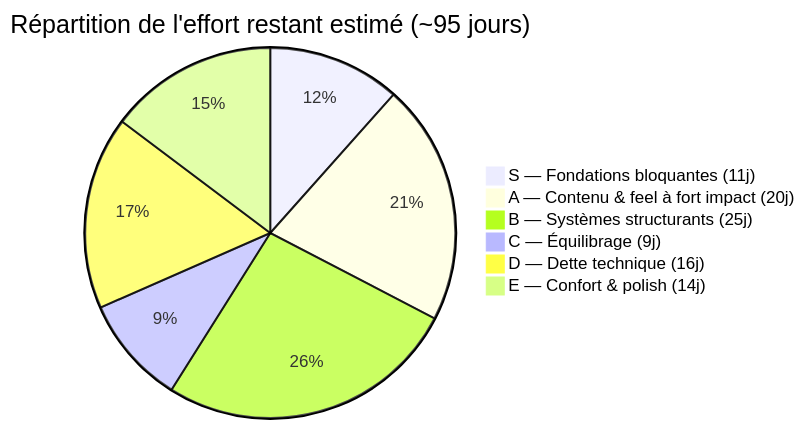
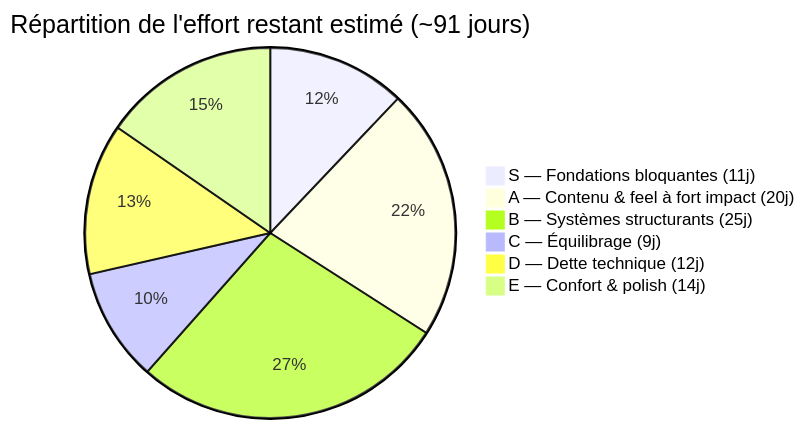
One commit to Hex-Umbra/hero-s-draft changed the first of 3 diagrams in docs/ROADMAP.md. Above: the diagram before and after it, drawn with Mermaid. The commit also changed other lines of this file and 2 other files, not shown here.

Commit message:
docs: update last sync dates and re-verify Tier D in ROADMAP and progress documentation

````diff
--- a/docs/ROADMAP.md
+++ b/docs/ROADMAP.md
@@ -31,9 +31,9 @@
 ```mermaid
-pie title Répartition de l'effort restant estimé (~95 jours)
+pie title Répartition de l'effort restant estimé (~91 jours)
     "S — Fondations bloquantes (11j)" : 11
     "A — Contenu & feel à fort impact (20j)" : 20
     "B — Systèmes structurants (25j)" : 25
     "C — Équilibrage (9j)" : 9
-    "D — Dette technique (16j)" : 16
+    "D — Dette technique (12j)" : 12
     "E — Confort & polish (14j)" : 14
 ```
````
